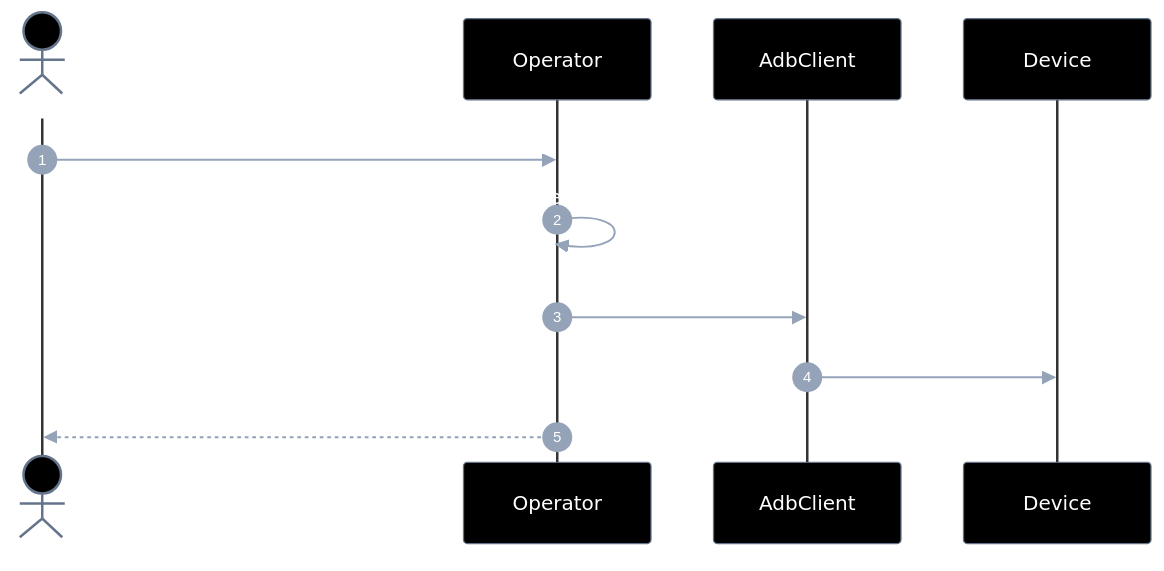
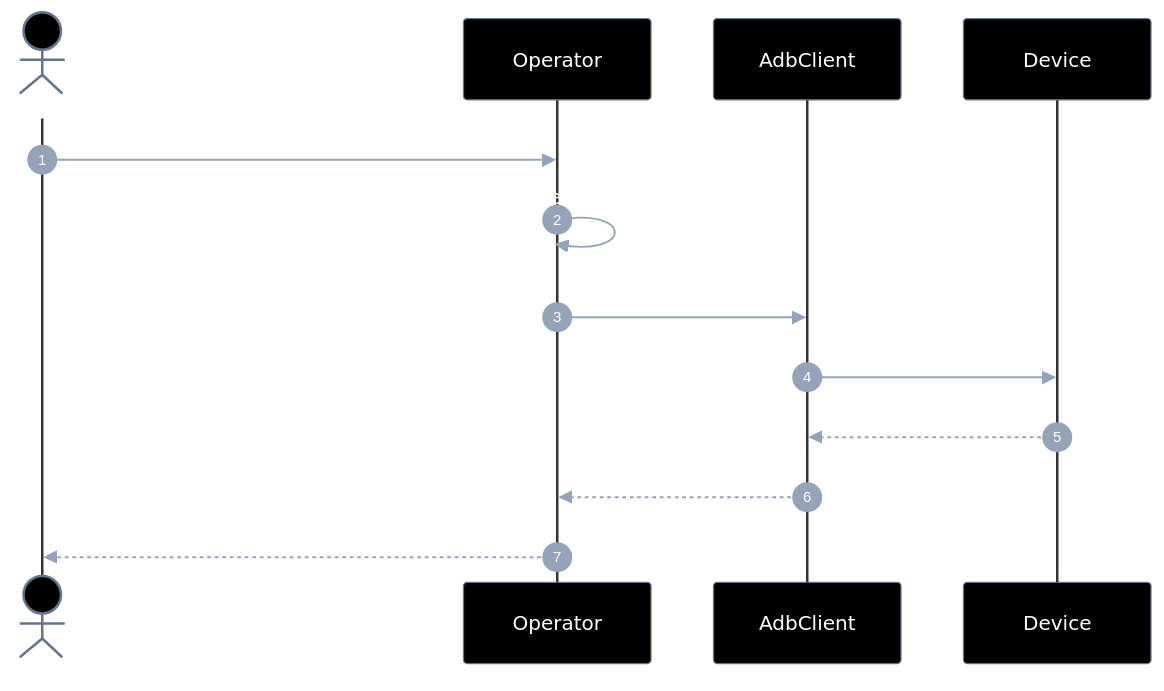
The fourth of 7 diagrams in connectmax/screen-robot/epics/EP-04-operar-tela/5.implementation-plan.md (laerciogermano/workstation), drawn with Mermaid before and after one commit. The commit also changed other lines of this file and 5 other files, not shown here.

Commit message:
Completa retornos faltantes em todos os diagramas de sequência dos planos.

````diff
--- a/connectmax/screen-robot/epics/EP-04-operar-tela/5.implementation-plan.md
+++ b/connectmax/screen-robot/epics/EP-04-operar-tela/5.implementation-plan.md
@@ -307,55 +325,57 @@
 ```mermaid
 ---
 config:
   theme: base
   themeVariables:
     darkMode: true
     background: '#000000'
     primaryColor: '#000000'
     primaryTextColor: '#ffffff'
     primaryBorderColor: '#64748b'
     secondaryColor: '#000000'
     secondaryTextColor: '#ffffff'
     secondaryBorderColor: '#64748b'
     tertiaryColor: '#000000'
     tertiaryTextColor: '#ffffff'
     tertiaryBorderColor: '#64748b'
     lineColor: '#64748b'
     textColor: '#ffffff'
     mainBkg: '#000000'
     nodeBorder: '#64748b'
     clusterBkg: '#000000'
     clusterBorder: '#333333'
     titleColor: '#ffffff'
     edgeLabelBackground: '#000000'
     actorBkg: '#000000'
     actorBorder: '#64748b'
     actorTextColor: '#ffffff'
     actorLineColor: '#333333'
     signalColor: '#94a3b8'
     signalTextColor: '#ffffff'
     labelBoxBkgColor: '#000000'
     labelBoxBorderColor: '#64748b'
     labelTextColor: '#ffffff'
     loopTextColor: '#ffffff'
     noteBorderColor: '#64748b'
     noteBkgColor: '#111111'
     noteTextColor: '#ffffff'
     activationBorderColor: '#64748b'
     activationBkgColor: '#1a1a1a'
     sequenceNumberColor: '#ffffff'
     classText: '#ffffff'
 ---
 sequenceDiagram
   autonumber
   actor Dev as Caller
   participant O as Operator
   participant A as AdbClient
   participant D as Device
 
   Dev->>O: scroll(serial, direction, distance?, bounds?)
   O->>O: calc swipe start/end
   O->>A: input swipe
   A->>D: swipe
+  D-->>A: done
+  A-->>O: ok
   O-->>Dev: ok
 ```
````
